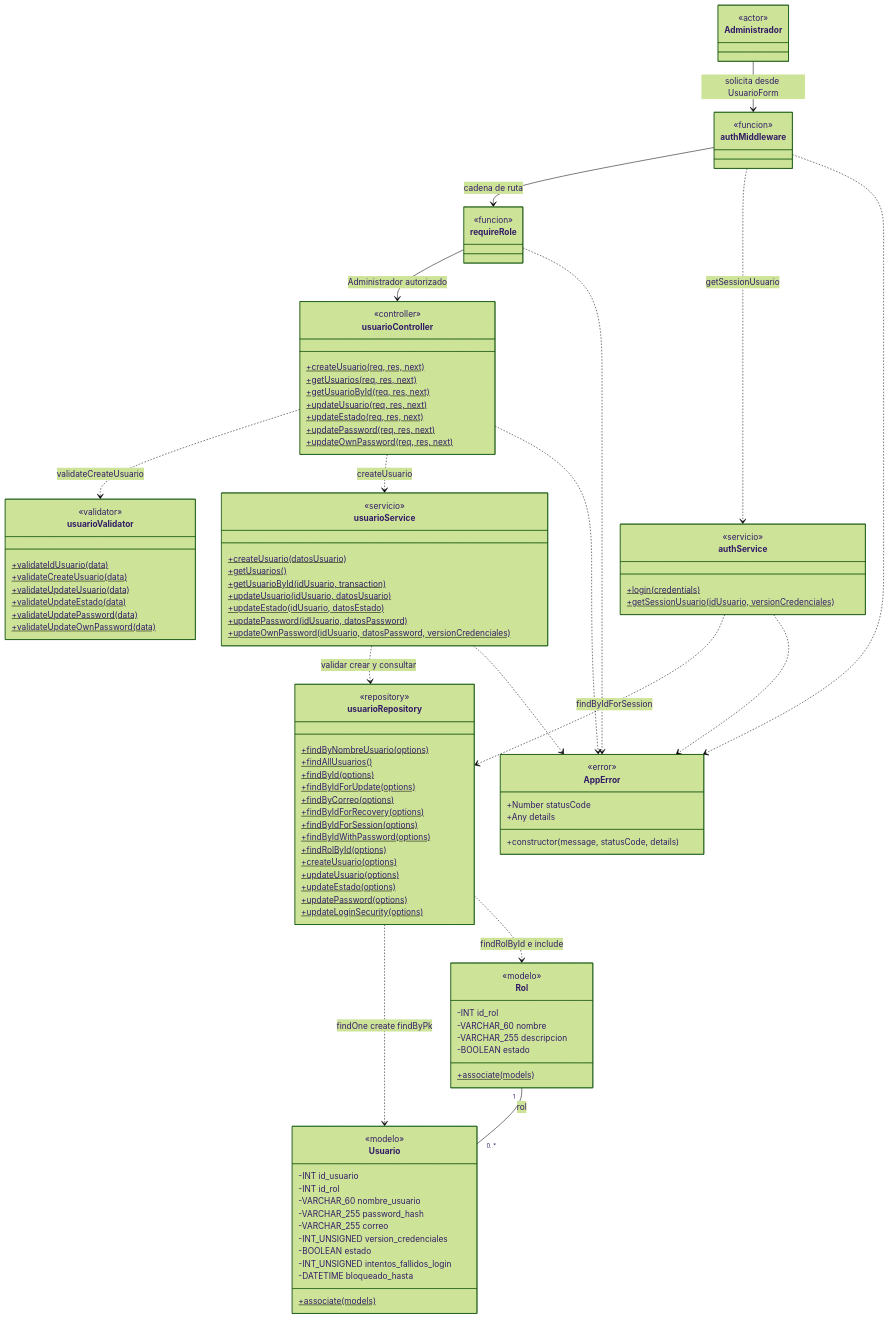
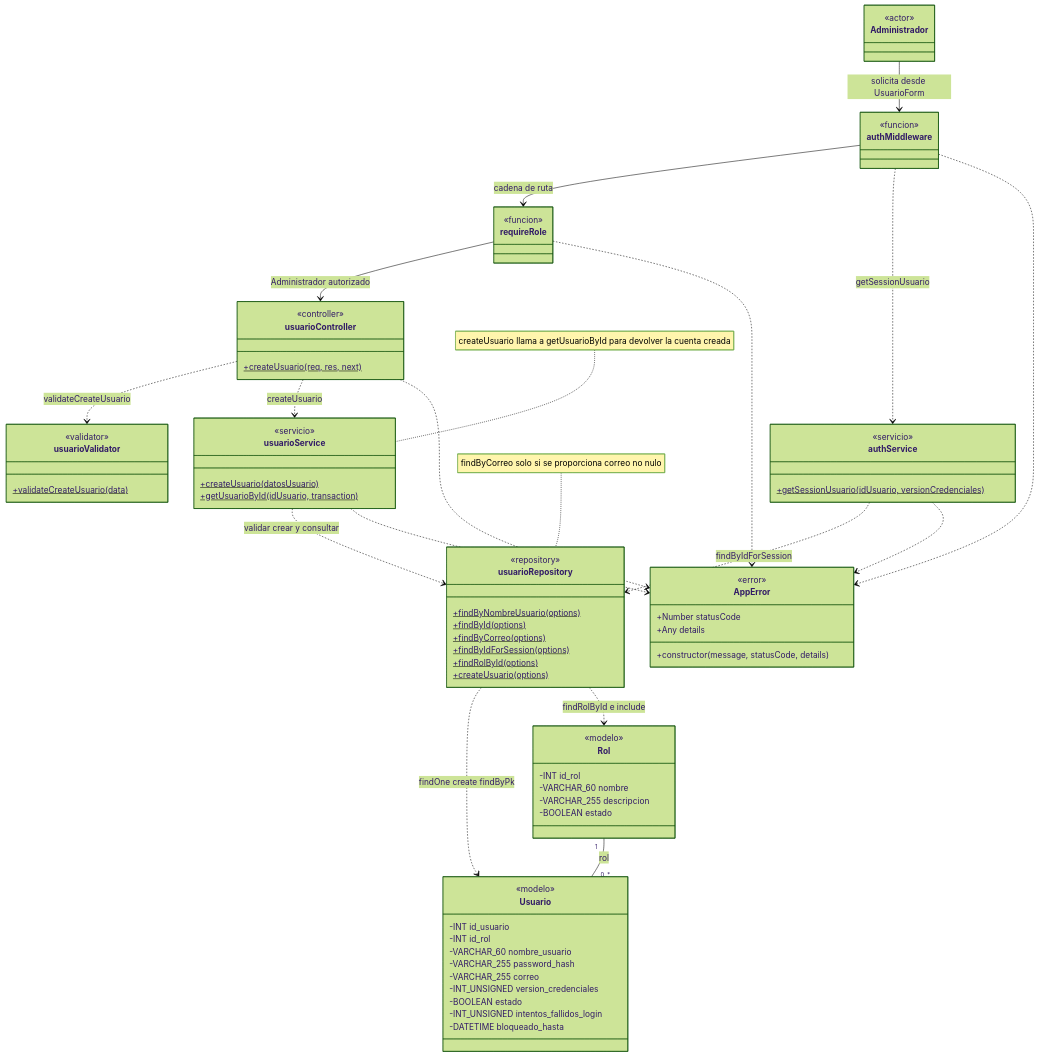
One commit to CreepyBowDev/cadefar-inventory-system changed the third of 34 diagrams in docs/ai/analisis-clase.md. Above: the diagram before and after it, drawn with Mermaid (forest theme). The commit also changed other lines of this file, not shown here.

````diff
--- a/docs/ai/analisis-clase.md
+++ b/docs/ai/analisis-clase.md
@@ -328,53 +387,28 @@
     class usuarioController {
         <<controller>>
         +createUsuario(req, res, next)$
-        +getUsuarios(req, res, next)$
-        +getUsuarioById(req, res, next)$
-        +updateUsuario(req, res, next)$
-        +updateEstado(req, res, next)$
-        +updatePassword(req, res, next)$
-        +updateOwnPassword(req, res, next)$
     }
     class usuarioValidator {
         <<validator>>
-        +validateIdUsuario(data)$
         +validateCreateUsuario(data)$
-        +validateUpdateUsuario(data)$
-        +validateUpdateEstado(data)$
-        +validateUpdatePassword(data)$
-        +validateUpdateOwnPassword(data)$
     }
     class usuarioService {
         <<servicio>>
         +createUsuario(datosUsuario)$
-        +getUsuarios()$
         +getUsuarioById(idUsuario, transaction)$
-        +updateUsuario(idUsuario, datosUsuario)$
-        +updateEstado(idUsuario, datosEstado)$
-        +updatePassword(idUsuario, datosPassword)$
-        +updateOwnPassword(idUsuario, datosPassword, versionCredenciales)$
     }
     class authService {
         <<servicio>>
-        +login(credentials)$
         +getSessionUsuario(idUsuario, versionCredenciales)$
     }
     class usuarioRepository {
         <<repository>>
         +findByNombreUsuario(options)$
-        +findAllUsuarios()$
         +findById(options)$
-        +findByIdForUpdate(options)$
         +findByCorreo(options)$
-        +findByIdForRecovery(options)$
         +findByIdForSession(options)$
-        +findByIdWithPassword(options)$
         +findRolById(options)$
         +createUsuario(options)$
-        +updateUsuario(options)$
-        +updateEstado(options)$
-        +updatePassword(options)$
-        +updateLoginSecurity(options)$
     }
     class Usuario {
         <<modelo>>
@@ -387,7 +421,6 @@
         -BOOLEAN estado
         -INT_UNSIGNED intentos_fallidos_login
         -DATETIME bloqueado_hasta
-        +associate(models)$
     }
     class Rol {
         <<modelo>>
@@ -395,7 +428,6 @@
         -VARCHAR_60 nombre
         -VARCHAR_255 descripcion
         -BOOLEAN estado
-        +associate(models)$
     }
     class AppError {
         <<error>>
@@ -419,4 +451,6 @@
     usuarioRepository ..> Usuario : findOne create findByPk
     usuarioRepository ..> Rol : findRolById e include
     Rol "1" -- "0..*" Usuario : rol
+    note for usuarioService "createUsuario llama a getUsuarioById para devolver la cuenta creada"
+    note for usuarioRepository "findByCorreo solo si se proporciona correo no nulo"
 ```
````
